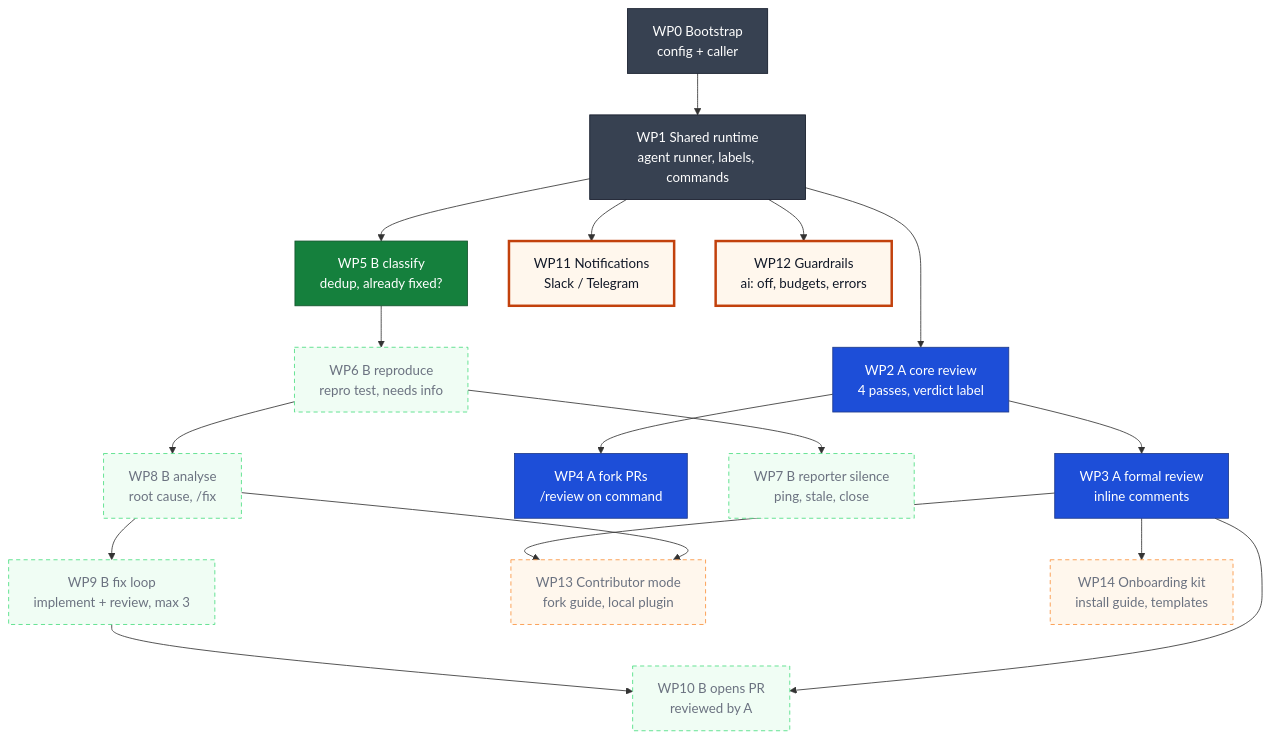
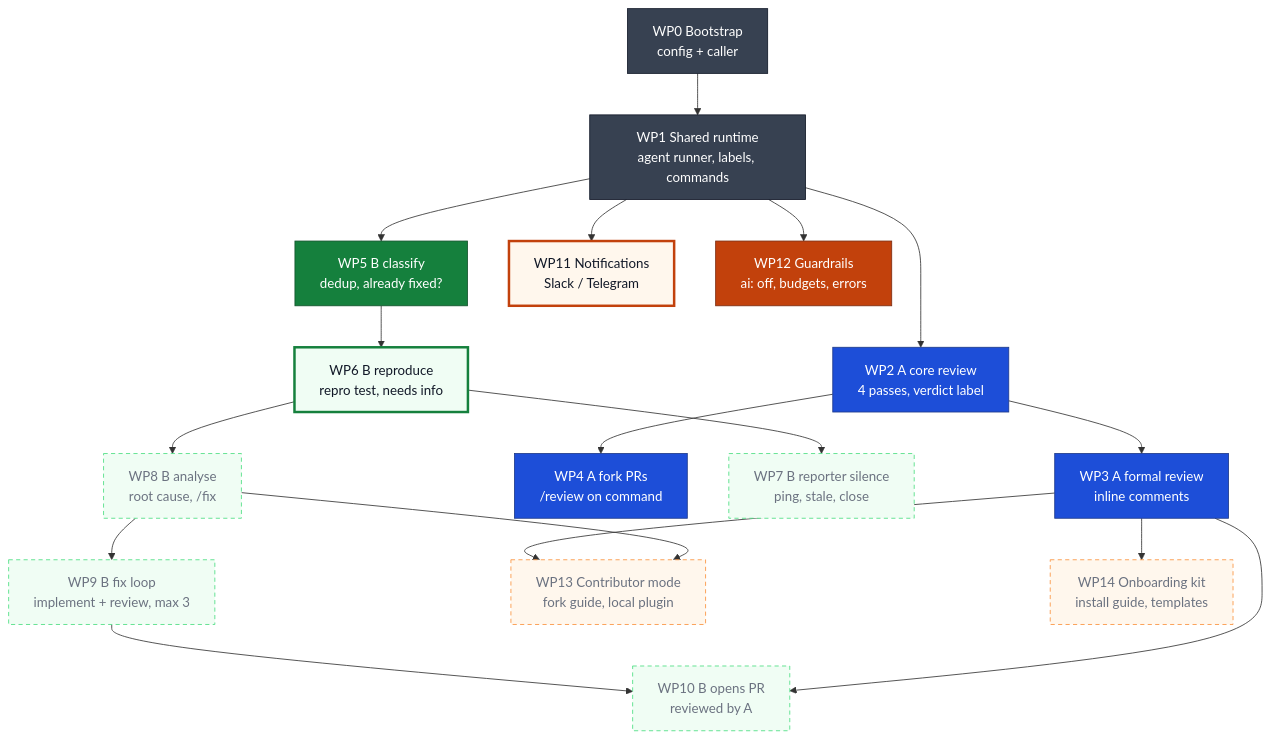
One commit to esciara/ai-workflows changed the first of 9 diagrams in docs/diagrams.md. Above: the diagram before and after it, drawn with Mermaid. The commit also changed other lines of this file and 4 other files, not shown here.

First line of the commit message:
docs: sync — WP11a (#56), WP12 (#58, #59), ADR-0044 accepted, ADR-0049; board, progress, ADR index, diagrams

````diff
--- a/docs/diagrams.md
+++ b/docs/diagrams.md
@@ -22,74 +22,74 @@
 ```mermaid
 flowchart TD
   %% Status is not typed here: render-diagrams sets each WP's class from its bead in docs/board.jsonl (ADR-0046).
   %% Lanes: <lane> not started, <lane>Wip in progress, <lane>Done done.
   %% lane base: WP0 WP1
   %% lane a: WP2 WP3 WP4
   %% lane b: WP5 WP6 WP7 WP8 WP9 WP10
   %% lane x: WP11 WP12 WP13 WP14
 
   WP0["WP0 Bootstrap<br/>config + caller"] --> WP1["WP1 Shared runtime<br/>agent runner, labels, commands"]
 
   WP1 --> WP2["WP2 A core review<br/>4 passes, verdict label"]
   WP2 --> WP3["WP3 A formal review<br/>inline comments"]
   WP2 --> WP4["WP4 A fork PRs<br/>/review on command"]
 
   WP1 --> WP5["WP5 B classify<br/>dedup, already fixed?"]
   WP5 --> WP6["WP6 B reproduce<br/>repro test, needs info"]
   WP6 --> WP7["WP7 B reporter silence<br/>ping, stale, close"]
   WP6 --> WP8["WP8 B analyse<br/>root cause, /fix"]
   WP8 --> WP9["WP9 B fix loop<br/>implement + review, max 3"]
   WP9 --> WP10["WP10 B opens PR<br/>reviewed by A"]
   WP3 --> WP10
 
   WP1 --> WP11["WP11 Notifications<br/>Slack / Telegram"]
   WP1 --> WP12["WP12 Guardrails<br/>ai: off, budgets, errors"]
   WP3 --> WP13["WP13 Contributor mode<br/>fork guide, local plugin"]
   WP8 --> WP13
   WP3 --> WP14["WP14 Onboarding kit<br/>install guide, templates"]
 
   classDef base fill:#f3f4f6,stroke:#9ca3af,stroke-dasharray:5 4,color:#6b7280
   classDef a fill:#eff6ff,stroke:#60a5fa,stroke-dasharray:5 4,color:#6b7280
   classDef b fill:#f0fdf4,stroke:#4ade80,stroke-dasharray:5 4,color:#6b7280
   classDef x fill:#fff7ed,stroke:#fb923c,stroke-dasharray:5 4,color:#6b7280
   classDef baseWip fill:#f3f4f6,stroke:#4b5563,stroke-width:3px,color:#111827
   classDef aWip fill:#eff6ff,stroke:#1d4ed8,stroke-width:3px,color:#111827
   classDef bWip fill:#f0fdf4,stroke:#15803d,stroke-width:3px,color:#111827
   classDef xWip fill:#fff7ed,stroke:#c2410c,stroke-width:3px,color:#111827
   classDef baseDone fill:#374151,stroke:#111827,color:#ffffff
   classDef aDone fill:#1d4ed8,stroke:#1e3a8a,color:#ffffff
   classDef bDone fill:#15803d,stroke:#14532d,color:#ffffff
   classDef xDone fill:#c2410c,stroke:#7c2d12,color:#ffffff
 
   click WP0 "https://github.com/esciara/ai-workflows/blob/main/docs/plan.md?plain=1#L32" "Open WP0 in docs/plan.md" _blank
   click WP1 "https://github.com/esciara/ai-workflows/blob/main/docs/plan.md?plain=1#L33" "Open WP1 in docs/plan.md" _blank
   click WP2 "https://github.com/esciara/ai-workflows/blob/main/docs/plan.md?plain=1#L34" "Open WP2 in docs/plan.md" _blank
   click WP3 "https://github.com/esciara/ai-workflows/blob/main/docs/plan.md?plain=1#L37" "Open WP3 in docs/plan.md" _blank
   click WP4 "https://github.com/esciara/ai-workflows/blob/main/docs/plan.md?plain=1#L38" "Open WP4 in docs/plan.md" _blank
   click WP5 "https://github.com/esciara/ai-workflows/blob/main/docs/plan.md?plain=1#L39" "Open WP5 in docs/plan.md" _blank
   click WP6 "https://github.com/esciara/ai-workflows/blob/main/docs/plan.md?plain=1#L40" "Open WP6 in docs/plan.md" _blank
   click WP7 "https://github.com/esciara/ai-workflows/blob/main/docs/plan.md?plain=1#L41" "Open WP7 in docs/plan.md" _blank
   click WP8 "https://github.com/esciara/ai-workflows/blob/main/docs/plan.md?plain=1#L42" "Open WP8 in docs/plan.md" _blank
   click WP9 "https://github.com/esciara/ai-workflows/blob/main/docs/plan.md?plain=1#L43" "Open WP9 in docs/plan.md" _blank
   click WP10 "https://github.com/esciara/ai-workflows/blob/main/docs/plan.md?plain=1#L44" "Open WP10 in docs/plan.md" _blank
   click WP11 "https://github.com/esciara/ai-workflows/blob/main/docs/plan.md?plain=1#L45" "Open WP11 in docs/plan.md" _blank
   click WP12 "https://github.com/esciara/ai-workflows/blob/main/docs/plan.md?plain=1#L48" "Open WP12 in docs/plan.md" _blank
   click WP13 "https://github.com/esciara/ai-workflows/blob/main/docs/plan.md?plain=1#L51" "Open WP13 in docs/plan.md" _blank
   click WP14 "https://github.com/esciara/ai-workflows/blob/main/docs/plan.md?plain=1#L52" "Open WP14 in docs/plan.md" _blank
 
   class WP0 baseDone
   class WP1 baseDone
   class WP2 aDone
   class WP3 aDone
   class WP4 aDone
   class WP5 bDone
-  class WP6 b
+  class WP6 bWip
   class WP7 b
   class WP8 b
   class WP9 b
   class WP10 b
   class WP11 xWip
-  class WP12 xWip
+  class WP12 xDone
   class WP13 x
   class WP14 x
 ```
````
